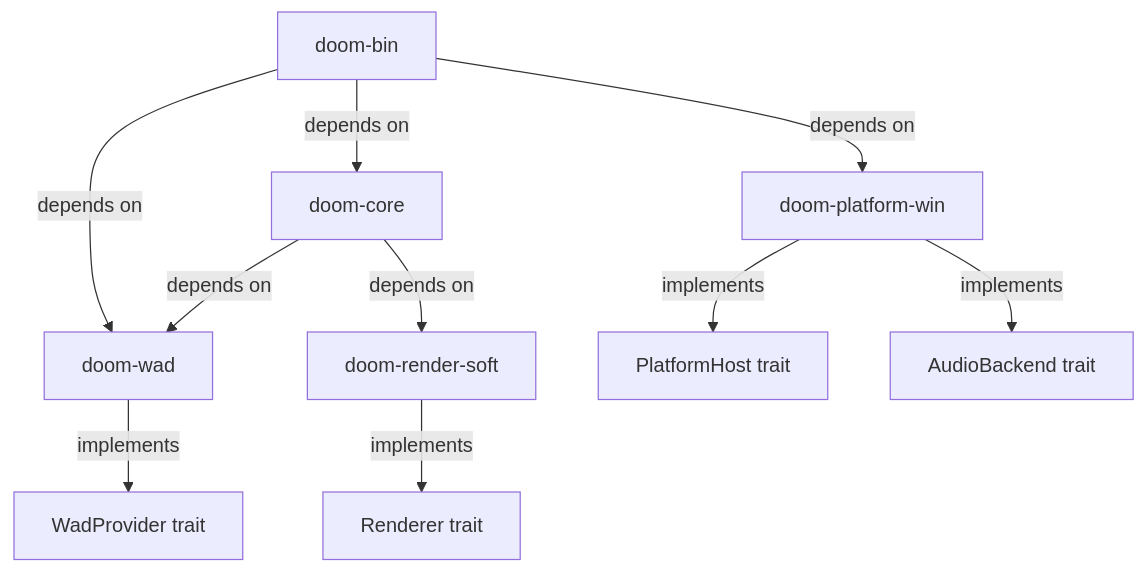
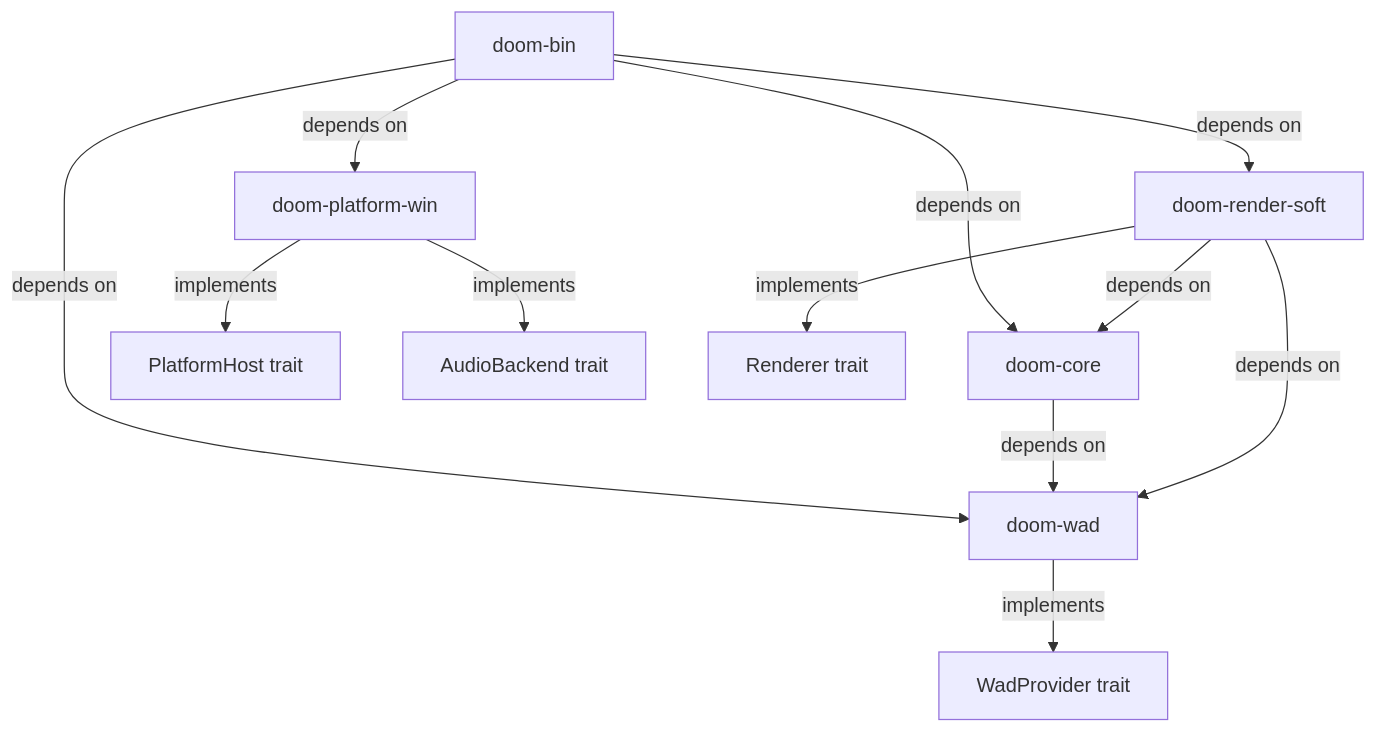
One commit to Lopezjml1/DOOM changed the diagram in README.md. Above: the diagram before and after it, drawn with Mermaid. The commit also changed 3 other files, not shown here.

First line of the commit message:
fix: add GPL v2 license headers to 3 source files and correct README.md dependency diagram

````diff
--- a/README.md
+++ b/README.md
@@ -66,12 +66,14 @@
 ```mermaid
 graph TD
     A[doom-bin] -->|depends on| B[doom-core]
     A -->|depends on| C[doom-platform-win]
     A -->|depends on| D[doom-wad]
+    A -->|depends on| E[doom-render-soft]
     B -->|depends on| D
-    B -->|depends on| E[doom-render-soft]
+    E -->|depends on| B
+    E -->|depends on| D
     C -->|implements| F[PlatformHost trait]
     C -->|implements| G[AudioBackend trait]
     E -->|implements| H[Renderer trait]
     D -->|implements| I[WadProvider trait]
 ```
````
